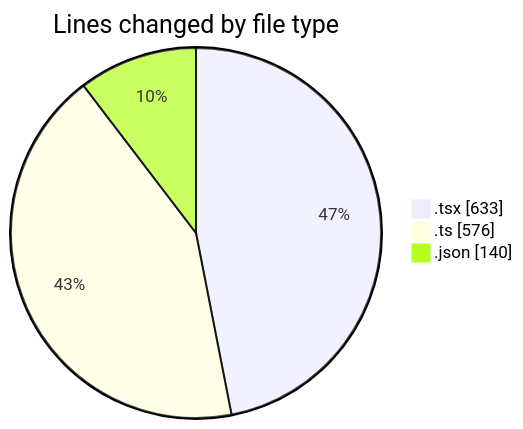
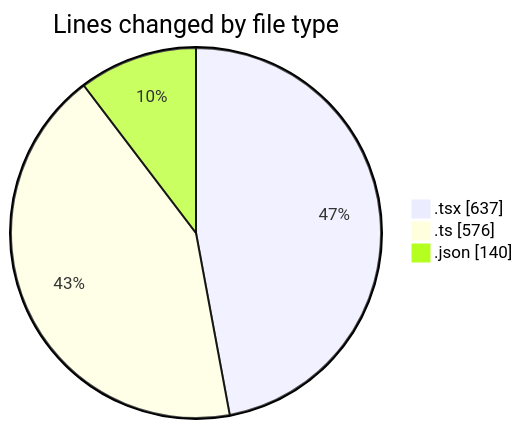
The first of 2 diagrams in 2026-03-27/cda/README.md (momahboobian/code-tracking), drawn with Mermaid before and after one commit. The commit also changed other lines of this file and 1 other file, not shown here.

````diff
--- a/2026-03-27/cda/README.md
+++ b/2026-03-27/cda/README.md
@@ -28,7 +28,7 @@
 ```mermaid
 pie showData
 title Lines changed by file type
-".tsx" : 633
+".tsx" : 637
 ".ts" : 576
 ".json" : 140
 ```
````
